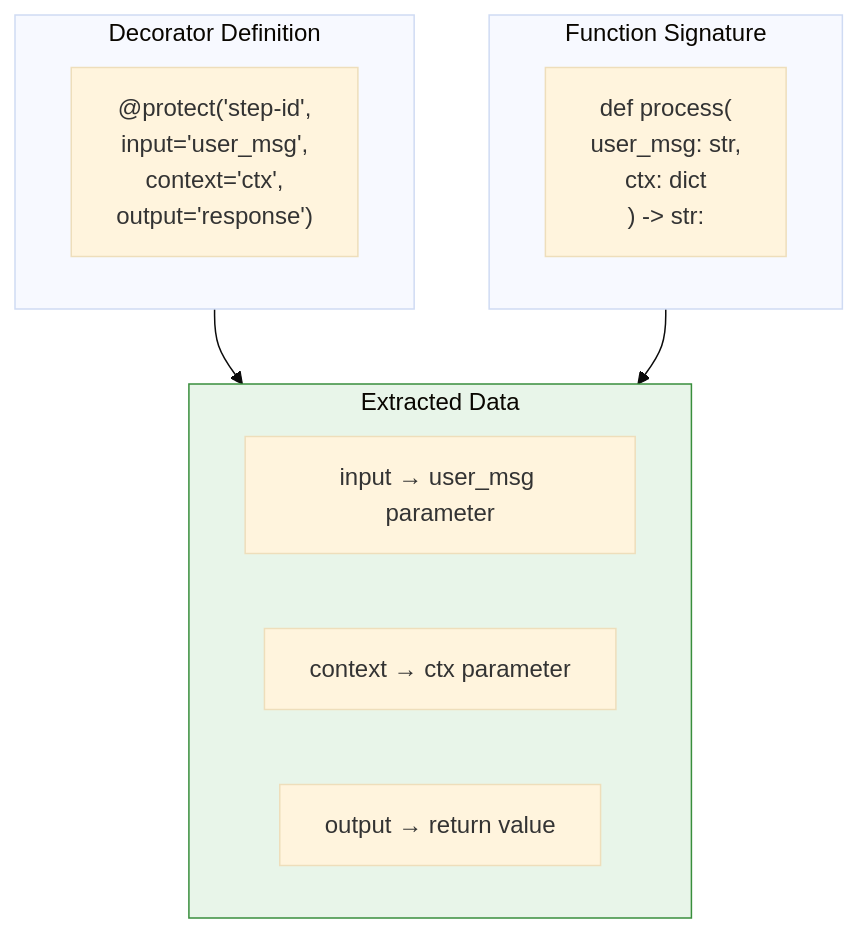
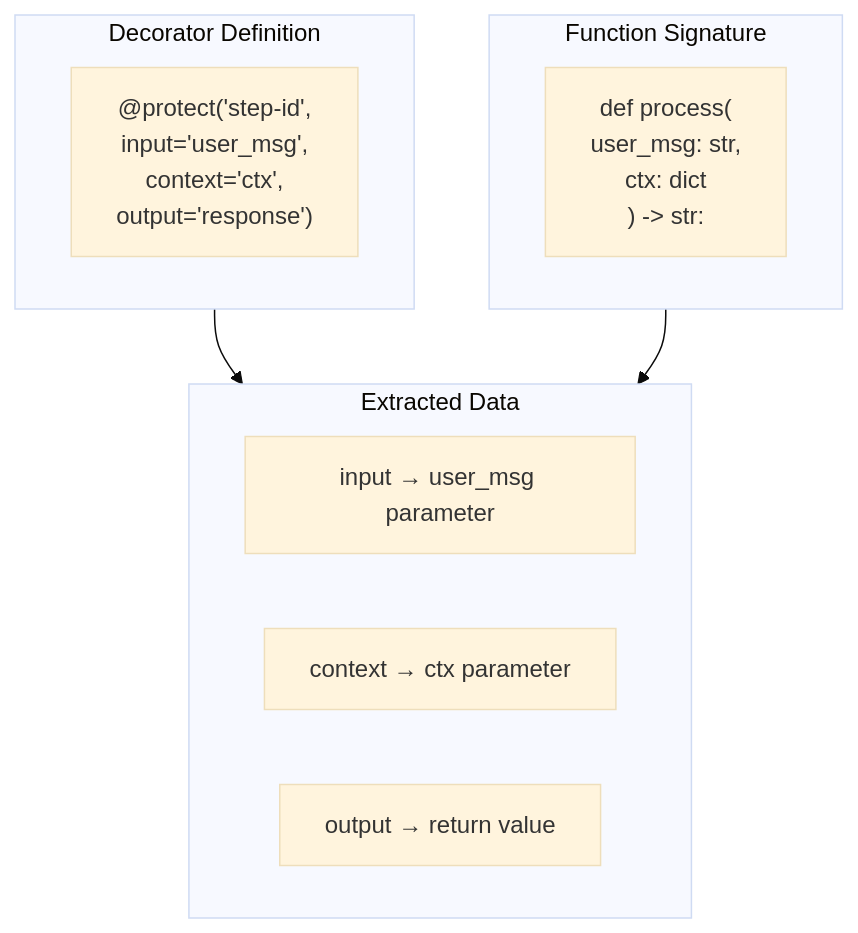
Before and after one commit to agentcontrol/agent-control: the third of 11 diagrams in diagrams/08-protect-decorator-flow.md, drawn with Mermaid (base theme). The commit also changed other lines of this file and 9 other files, not shown here.

````diff
--- a/diagrams/08-protect-decorator-flow.md
+++ b/diagrams/08-protect-decorator-flow.md
@@ -70,21 +63,19 @@
 ```mermaid
 flowchart TD
     subgraph decorator["Decorator Definition"]
         dec["@protect('step-id',<br/>  input='user_msg',<br/>  context='ctx',<br/>  output='response')"]
     end
 
     subgraph function["Function Signature"]
         func["def process(<br/>  user_msg: str,<br/>  ctx: dict<br/>) -> str:"]
     end
 
     subgraph mapping["Extracted Data"]
         m1["input → user_msg parameter"]
         m2["context → ctx parameter"]
         m3["output → return value"]
     end
 
     decorator --> mapping
     function --> mapping
-
-    style mapping fill:#e8f5e9,stroke:#388e3c
 ```
````
